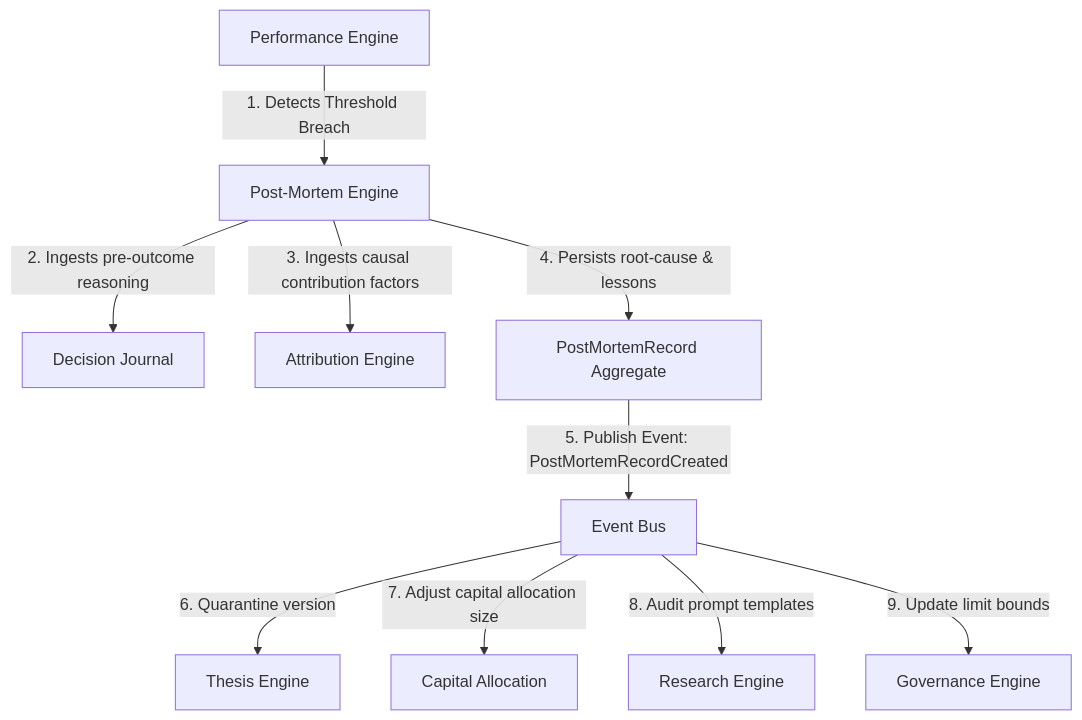
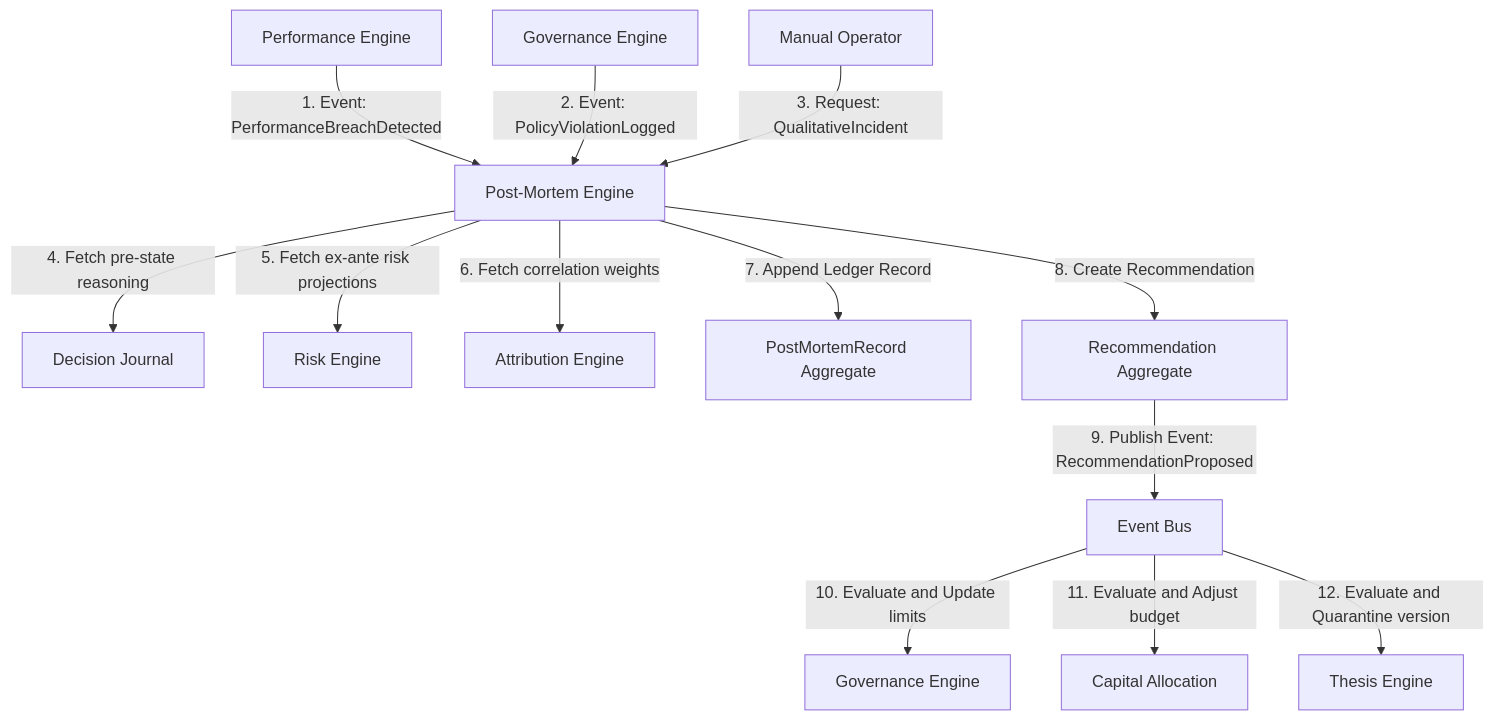
One commit to skeithnight/karsa changed the first of 3 diagrams in docs/architecture/19-post-mortem-engine.md. Above: the diagram before and after it, drawn with Mermaid. The commit also changed other lines of this file and 20 other files, not shown here.

First line of the commit message:
Add comprehensive tests for post-mortem and recommendation functionalities

````diff
--- a/docs/architecture/19-post-mortem-engine.md
+++ b/docs/architecture/19-post-mortem-engine.md
@@ -29,13 +36,18 @@
 ```mermaid
 graph TD
-    PE[Performance Engine] -->|1. Detects Threshold Breach| PME[Post-Mortem Engine]
-    PME -->|2. Ingests pre-outcome reasoning| DJ[Decision Journal]
-    PME -->|3. Ingests causal contribution factors| AE[Attribution Engine]
-    PME -->|4. Persists root-cause & lessons| PMR[PostMortemRecord Aggregate]
+    PE[Performance Engine] -->|1. Event: PerformanceBreachDetected| PMS[Post-Mortem Engine]
+    GE[Governance Engine] -->|2. Event: PolicyViolationLogged| PMS
+    Op[Manual Operator] -->|3. Request: QualitativeIncident| PMS
     
-    PMR -->|5. Publish Event: PostMortemRecordCreated| Bus[Event Bus]
-    Bus -->|6. Quarantine version| TE[Thesis Engine]
-    Bus -->|7. Adjust capital allocation size| CA[Capital Allocation]
-    Bus -->|8. Audit prompt templates| RE[Research Engine]
-    Bus -->|9. Update limit bounds| GE[Governance Engine]
+    PMS -->|4. Fetch pre-state reasoning| DJ[Decision Journal]
+    PMS -->|5. Fetch ex-ante risk projections| Risk[Risk Engine]
+    PMS -->|6. Fetch correlation weights| AE[Attribution Engine]
+    
+    PMS -->|7. Append Ledger Record| PMR[PostMortemRecord Aggregate]
+    PMS -->|8. Create Recommendation| Rec[Recommendation Aggregate]
+    
+    Rec -->|9. Publish Event: RecommendationProposed| Bus[Event Bus]
+    Bus -->|10. Evaluate and Update limits| Gov[Governance Engine]
+    Bus -->|11. Evaluate and Adjust budget| CA[Capital Allocation]
+    Bus -->|12. Evaluate and Quarantine version| TE[Thesis Engine]
 ```
````
